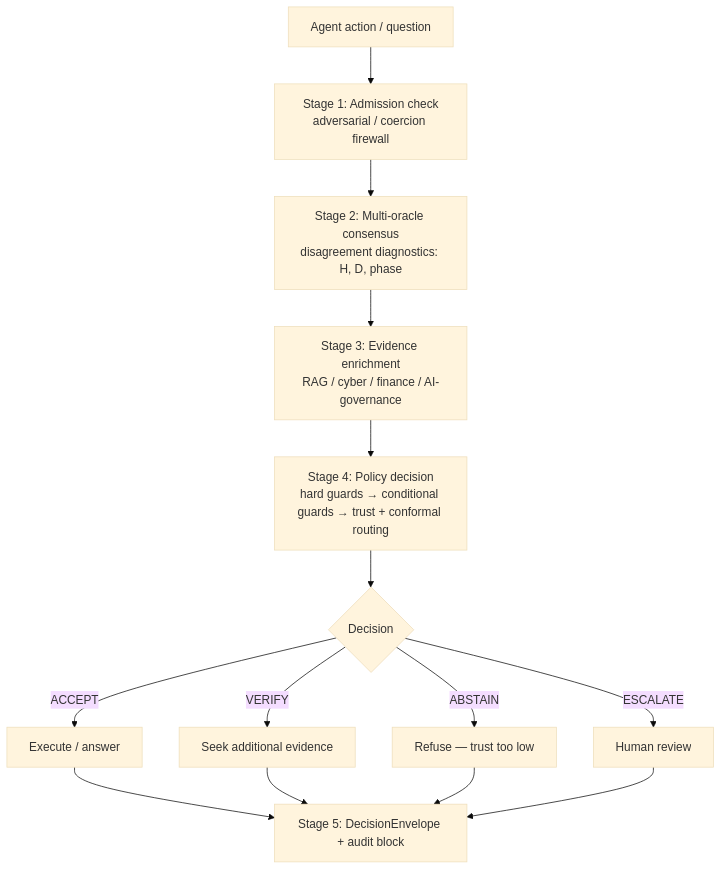
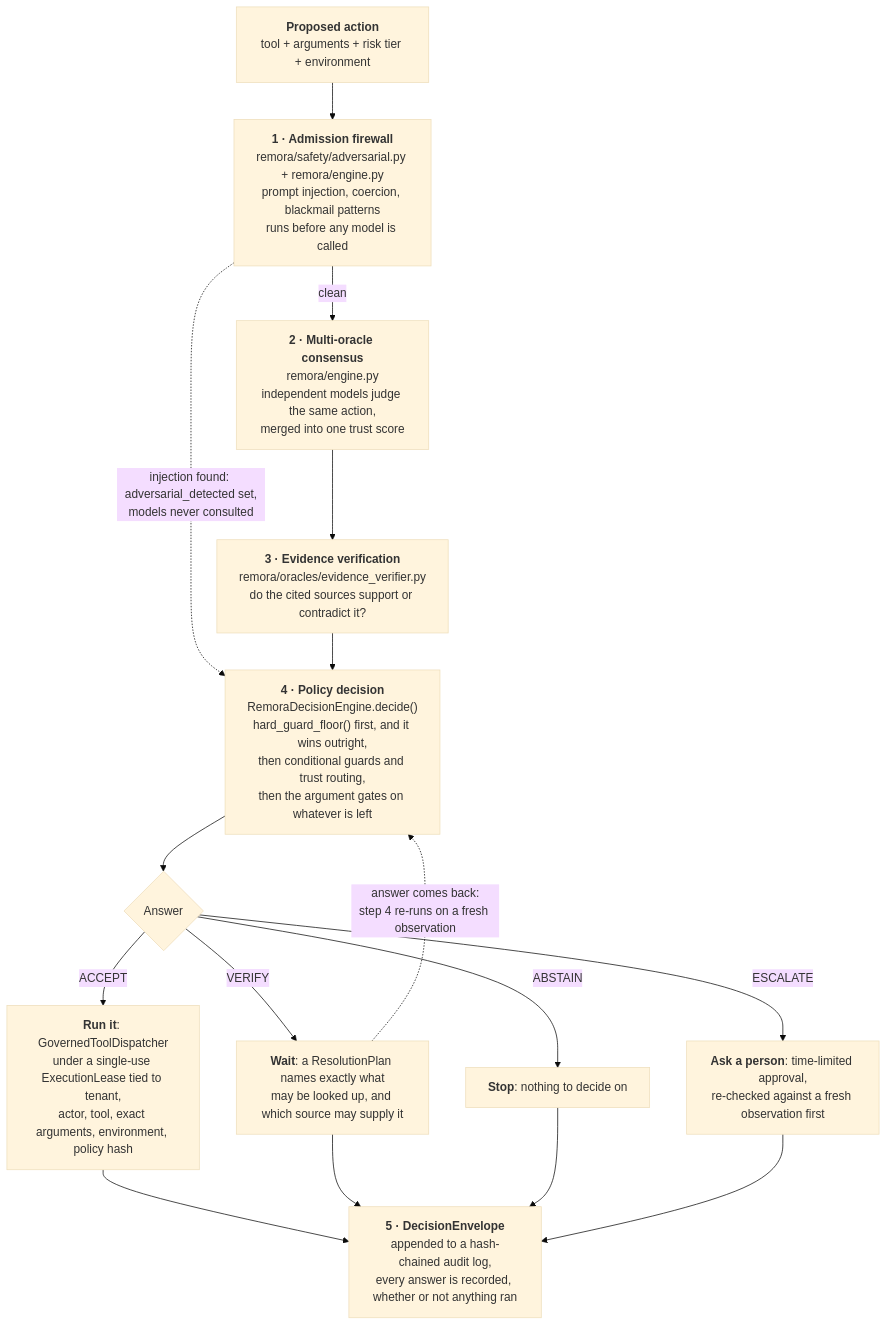
One commit to darklordVirtual/REMORA-research changed the diagram in docs/01-architecture.md. Above: the diagram before and after it, drawn with Mermaid (base theme). The commit also changed other lines of this file and 7 other files, not shown here.

````diff
--- a/docs/01-architecture.md
+++ b/docs/01-architecture.md
@@ -21,16 +21,20 @@
 ```mermaid
 flowchart TD
-    A[Agent action / question] --> B[Stage 1: Admission check\nadversarial / coercion firewall]
-    B --> C[Stage 2: Multi-oracle consensus\ndisagreement diagnostics: H, D, phase]
-    C --> D[Stage 3: Evidence enrichment\nRAG / cyber / finance / AI-governance]
-    D --> E[Stage 4: Policy decision\nhard guards → conditional guards → trust + conformal routing]
-    E --> F{Decision}
-    F -->|ACCEPT| G[Execute / answer]
-    F -->|VERIFY| H[Seek additional evidence]
-    F -->|ABSTAIN| I[Refuse — trust too low]
-    F -->|ESCALATE| J[Human review]
-    G --> K[Stage 5: DecisionEnvelope + audit block]
+    A["<b>Proposed action</b><br/>tool + arguments + risk tier + environment"] --> B
+    B["<b>1 · Admission firewall</b><br/>remora/safety/adversarial.py + remora/engine.py<br/>prompt injection, coercion, blackmail patterns<br/>runs before any model is called"]
+    B -->|"clean"| C
+    B -.->|"injection found: adversarial_detected set,<br/>models never consulted"| E
+    C["<b>2 · Multi-oracle consensus</b><br/>remora/engine.py<br/>independent models judge the same action,<br/>merged into one trust score"] --> D
+    D["<b>3 · Evidence verification</b><br/>remora/oracles/evidence_verifier.py<br/>do the cited sources support or contradict it?"] --> E
+    E["<b>4 · Policy decision</b><br/>RemoraDecisionEngine.decide()<br/>hard_guard_floor() first, and it wins outright,<br/>then conditional guards and trust routing,<br/>then the argument gates on whatever is left"]
+    E --> F{"Answer"}
+    F -->|ACCEPT| G["<b>Run it</b>: GovernedToolDispatcher<br/>under a single-use ExecutionLease tied to tenant,<br/>actor, tool, exact arguments, environment, policy hash"]
+    F -->|VERIFY| H["<b>Wait</b>: a ResolutionPlan names exactly what<br/>may be looked up, and which source may supply it"]
+    F -->|ABSTAIN| I["<b>Stop</b>: nothing to decide on"]
+    F -->|ESCALATE| J["<b>Ask a person</b>: time-limited approval,<br/>re-checked against a fresh observation first"]
+    H -.->|"answer comes back:<br/>step 4 re-runs on a fresh observation"| E
+    G --> K["<b>5 · DecisionEnvelope</b><br/>appended to a hash-chained audit log,<br/>every answer is recorded, whether or not anything ran"]
     H --> K
     I --> K
     J --> K
 ```
````
